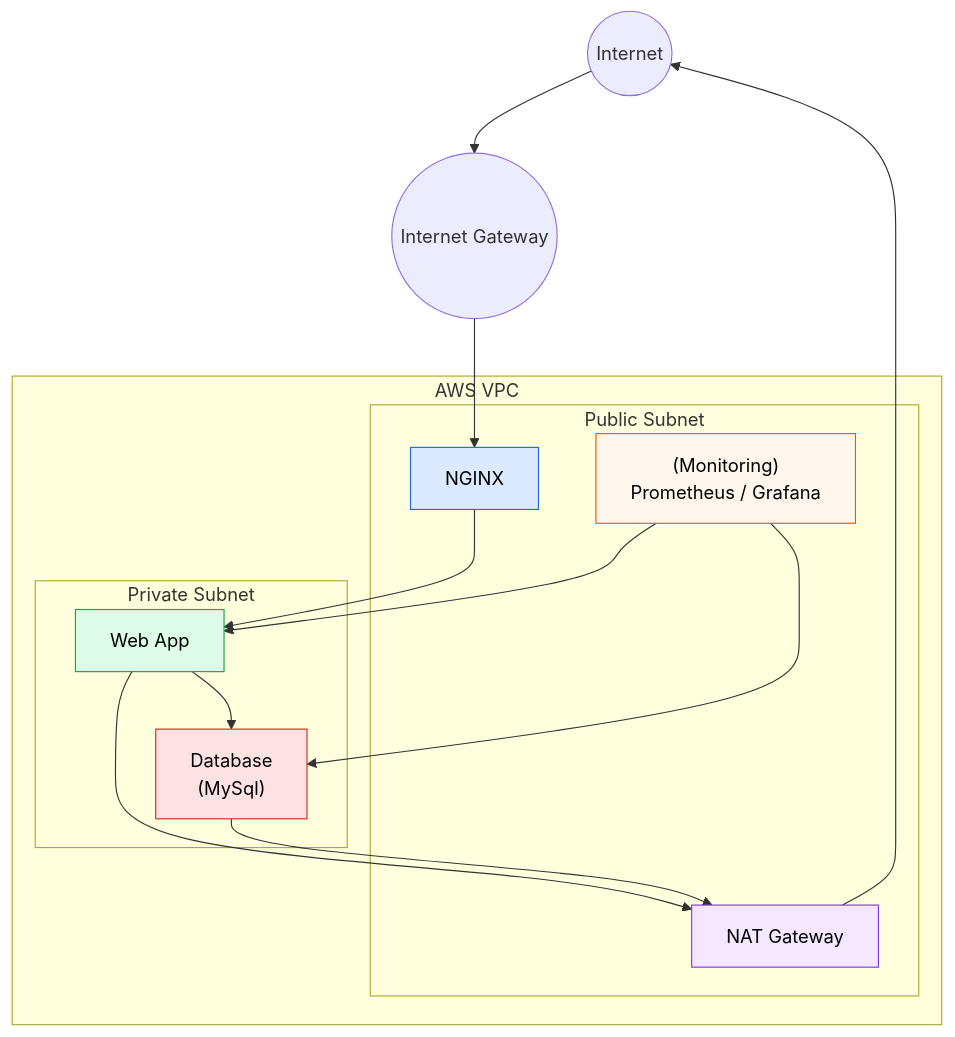
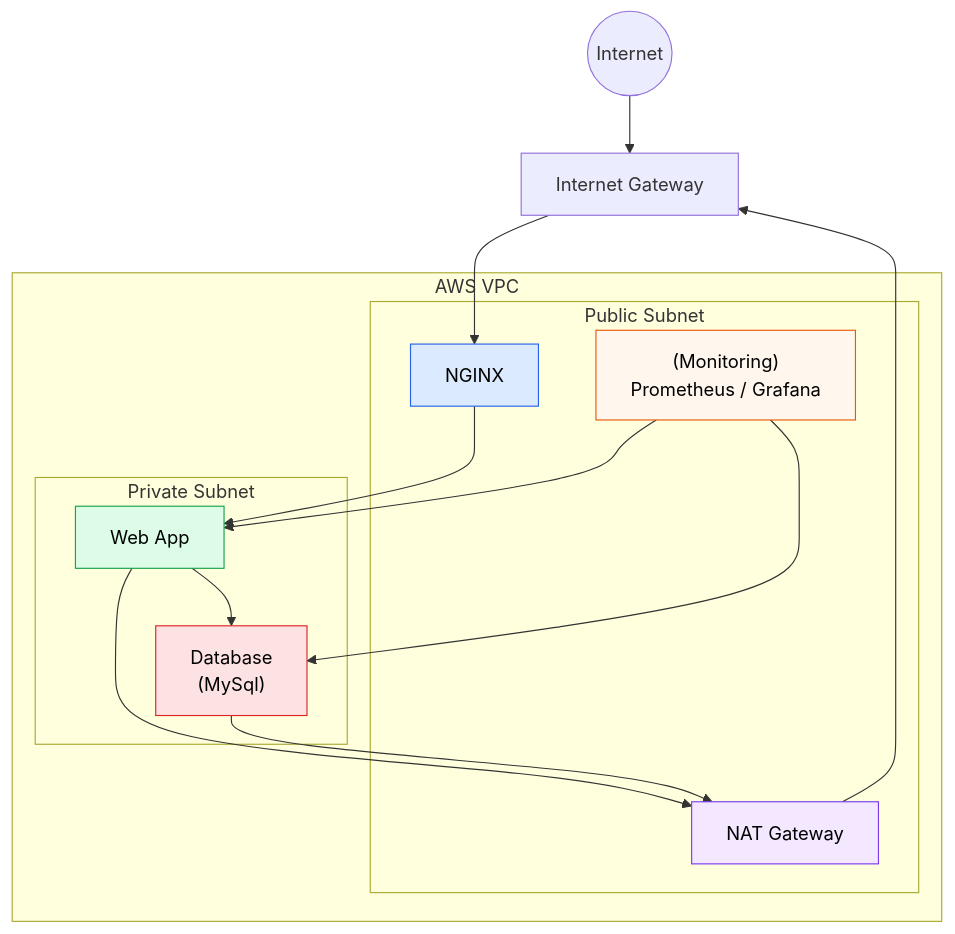
The diagram in README.md (Jazzar101/learning-terraform-3087701), drawn with Mermaid before and after one commit.

Commit message:
Added IGW node

````diff
--- a/README.md
+++ b/README.md
@@ -6,42 +6,42 @@
 ```mermaid
 flowchart TB
     Internet((Internet))
-    IGW((Internet Gateway))
+    IGW[Internet Gateway]
     subgraph VPC[AWS VPC]
         subgraph PublicSubnet[Public Subnet]
             NGINX[NGINX]
             Monitoring["(Monitoring)\nPrometheus / Grafana"]
             NAT[NAT Gateway]
         end
 
         subgraph PrivateSubnet[Private Subnet]
             App[Web App]
             DB["Database\n(MySql)"]
         end
     end
 
     Internet --> IGW
     IGW --> NGINX
     NGINX --> App
     App --> DB
 
     Monitoring --> App
     Monitoring --> DB
 
     App --> NAT
     DB --> NAT
-    NAT --> Internet
+    NAT --> IGW
 
     %% Node-only styling (GitHub safe)
     classDef ingress fill:#dbeafe,stroke:#2563eb,color:#000000
     classDef monitoring fill:#fff7ed,stroke:#ea580c,color:#000000
     classDef nat fill:#f3e8ff,stroke:#7c3aed,color:#000000
     classDef app fill:#dcfce7,stroke:#16a34a,color:#000000
     classDef db fill:#fde2e4,stroke:#dc2626,color:#000000
 
     class NGINX ingress
     class Monitoring monitoring
     class NAT nat
     class App app
     class DB db
 ```
````
